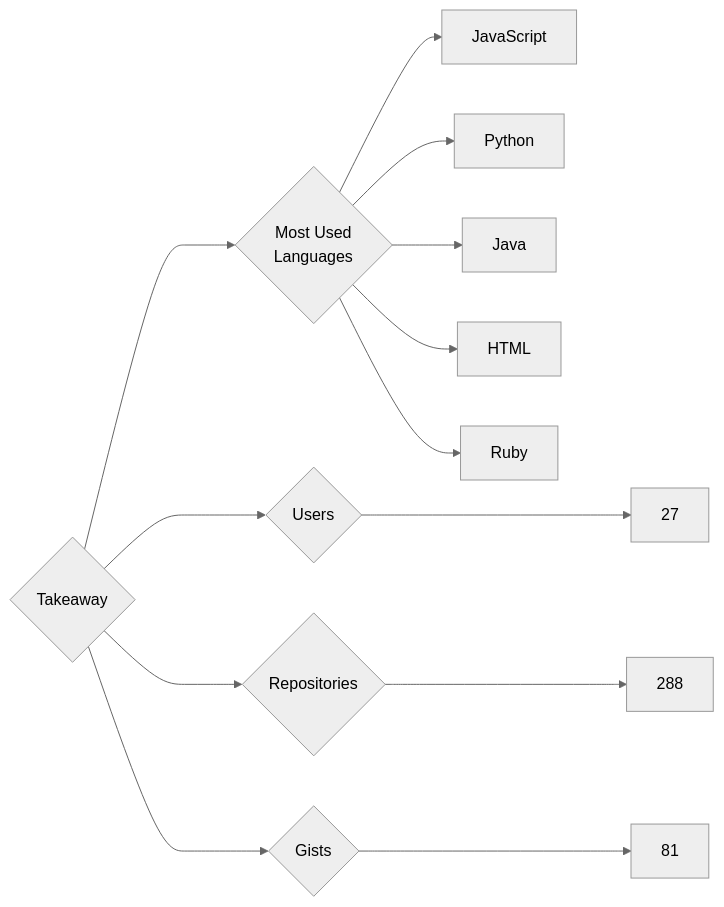
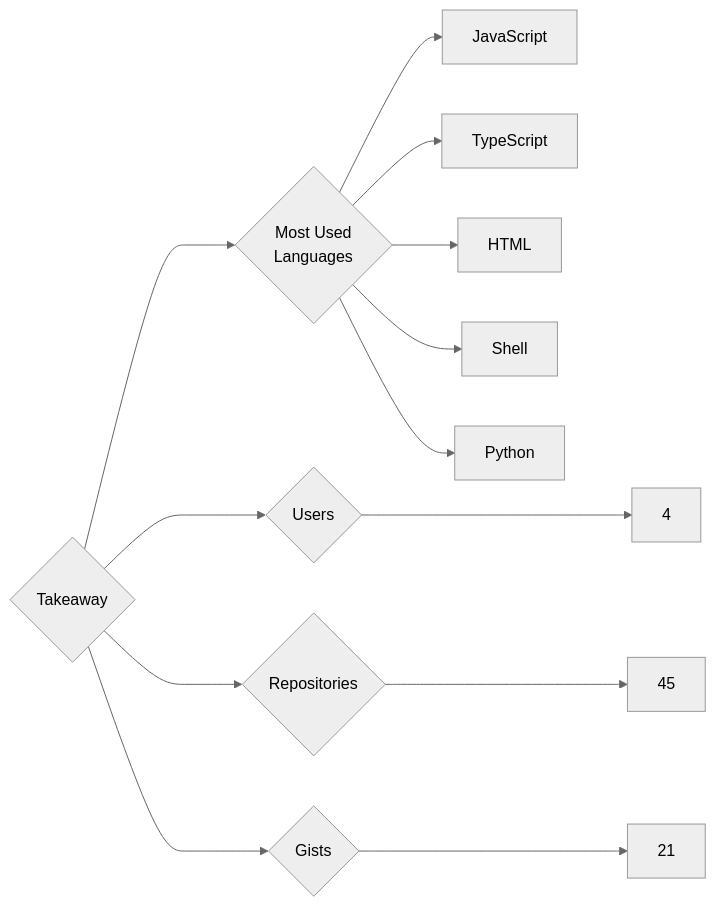
The diagram in targets/Takeaway/README.md (trickest/insiders), drawn with Mermaid (neutral theme) before and after one commit. The commit also changed 920 other files, not shown here.

````diff
--- a/targets/Takeaway/README.md
+++ b/targets/Takeaway/README.md
@@ -3,13 +3,13 @@
 ```mermaid
 graph LR
 COMPANY_NAME{Takeaway}
-COMPANY_NAME ---> U{Users} ---> UN[27]
-COMPANY_NAME ---> R{Repositories} ---> RN[288]
-COMPANY_NAME ---> G{Gists} ---> GN[81]
+COMPANY_NAME ---> U{Users} ---> UN[4]
+COMPANY_NAME ---> R{Repositories} ---> RN[45]
+COMPANY_NAME ---> G{Gists} ---> GN[21]
 COMPANY_NAME ---> ML{Most Used<br>Languages}
 ML --> JavaScript[JavaScript]
+ML --> TypeScript[TypeScript]
+ML --> HTML[HTML]
+ML --> Shell[Shell]
 ML --> Python[Python]
-ML --> Java[Java]
-ML --> HTML[HTML]
-ML --> Ruby[Ruby]
 ```
````
